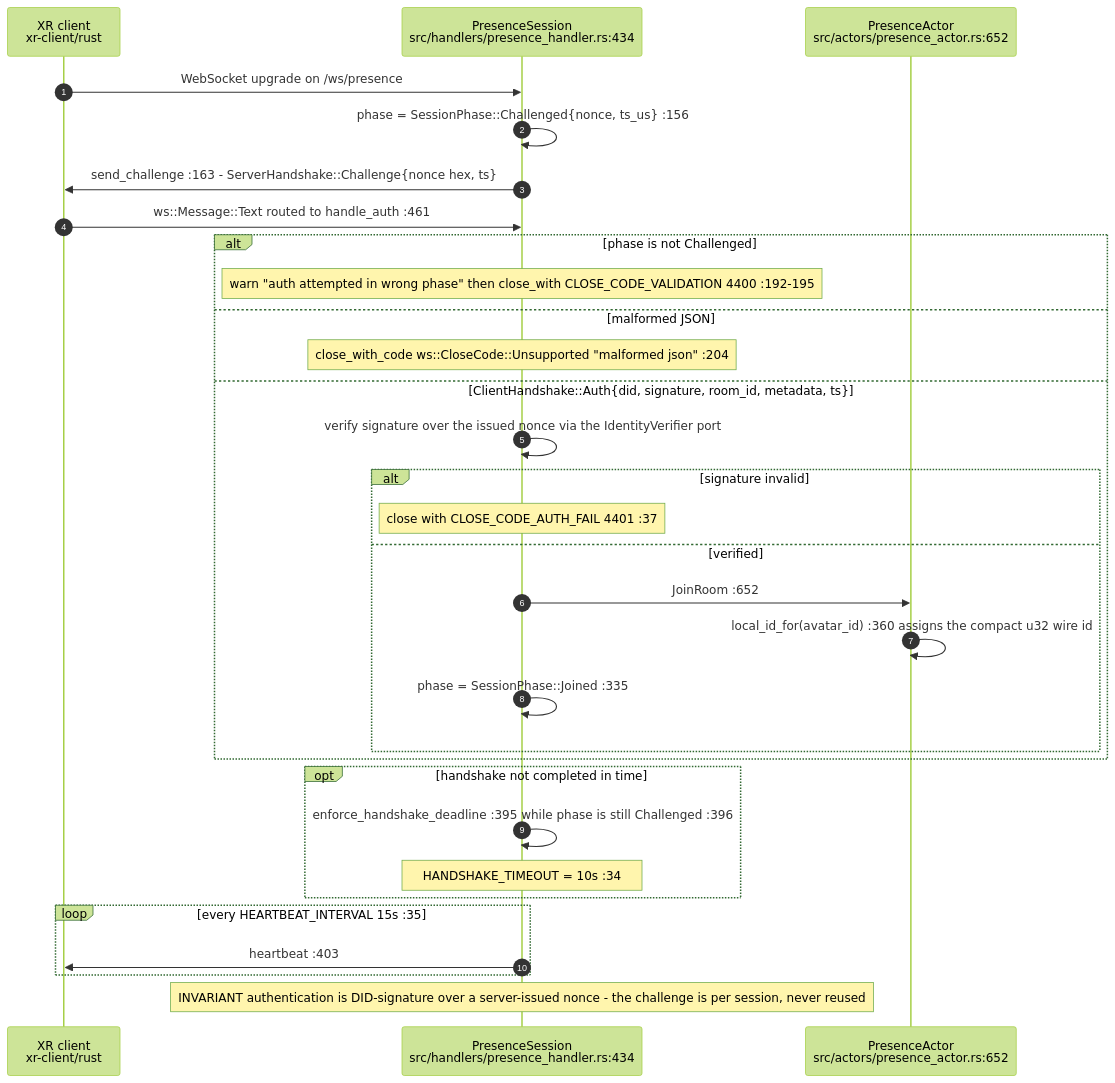
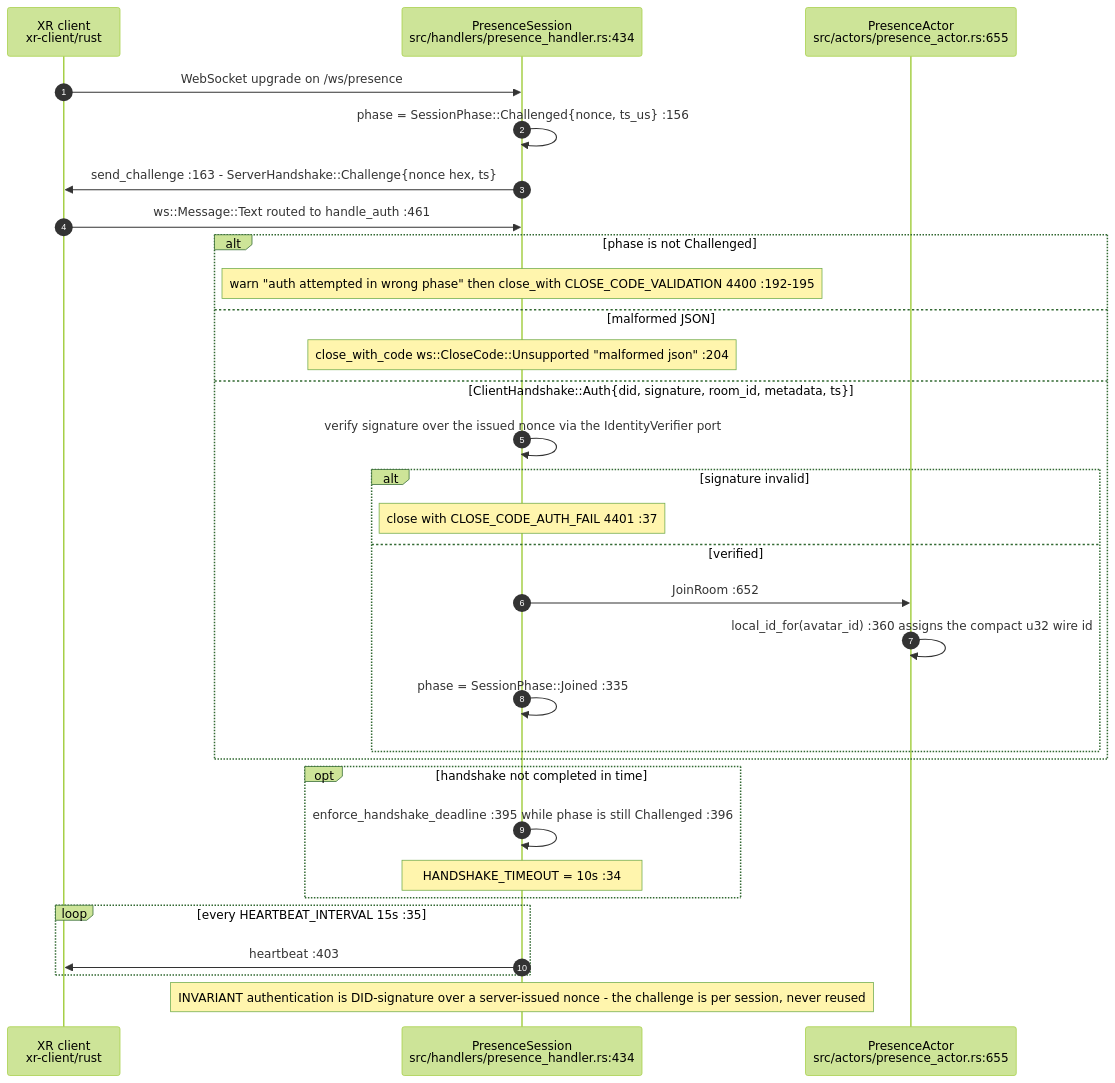
One commit to DreamLab-AI/AR-AI-Knowledge-Graph changed the first of 6 diagrams in docs/diagrams/visionclaw/17-xr-presence-crate.md. Above: the diagram before and after it, drawn with Mermaid (forest theme). The commit also changed other lines of this file and 73 other files, not shown here.

First line of the commit message:
docs(diagrams): re-verify all 71 topic files against HEAD; add --cite-check

````diff
--- a/docs/diagrams/visionclaw/17-xr-presence-crate.md
+++ b/docs/diagrams/visionclaw/17-xr-presence-crate.md
@@ -25,34 +25,34 @@
 ```mermaid
 sequenceDiagram
     autonumber
     participant C as XR client<br/>xr-client/rust
     participant PS as PresenceSession<br/>src/handlers/presence_handler.rs:434
-    participant PA as PresenceActor<br/>src/actors/presence_actor.rs:652
+    participant PA as PresenceActor<br/>src/actors/presence_actor.rs:655
 
     C->>PS: WebSocket upgrade on /ws/presence
     PS->>PS: phase = SessionPhase::Challenged{nonce, ts_us} :156
     PS->>C: send_challenge :163 - ServerHandshake::Challenge{nonce hex, ts}
     C->>PS: ws::Message::Text routed to handle_auth :461
     alt phase is not Challenged
         Note over PS: warn "auth attempted in wrong phase" then close_with CLOSE_CODE_VALIDATION 4400 :192-195
     else malformed JSON
         Note over PS: close_with_code ws::CloseCode::Unsupported "malformed json" :204
     else ClientHandshake::Auth{did, signature, room_id, metadata, ts}
         PS->>PS: verify signature over the issued nonce via the IdentityVerifier port
         alt signature invalid
             Note over PS: close with CLOSE_CODE_AUTH_FAIL 4401 :37
         else verified
             PS->>PA: JoinRoom :652
             PA->>PA: local_id_for(avatar_id) :360 assigns the compact u32 wire id
             PS->>PS: phase = SessionPhase::Joined :335
         end
     end
     opt handshake not completed in time
         PS->>PS: enforce_handshake_deadline :395 while phase is still Challenged :396
         Note over PS: HANDSHAKE_TIMEOUT = 10s :34
     end
     loop every HEARTBEAT_INTERVAL 15s :35
         PS->>C: heartbeat :403
     end
     Note over PS: INVARIANT authentication is DID-signature over a server-issued nonce - the challenge is per session, never reused
 ```
````
